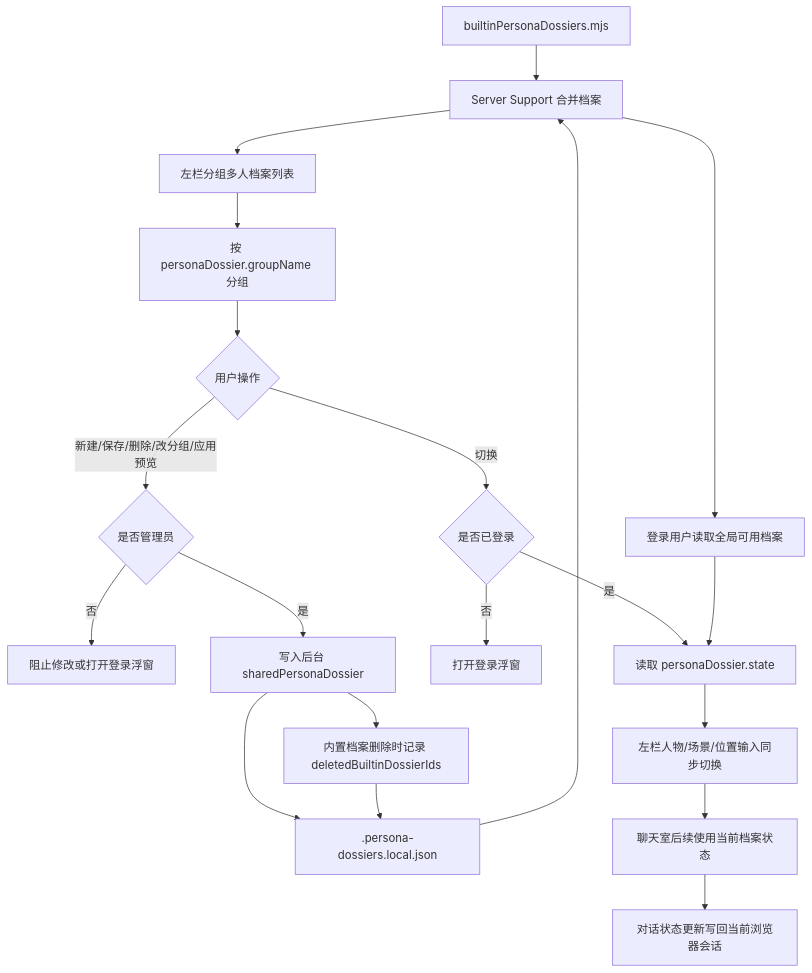
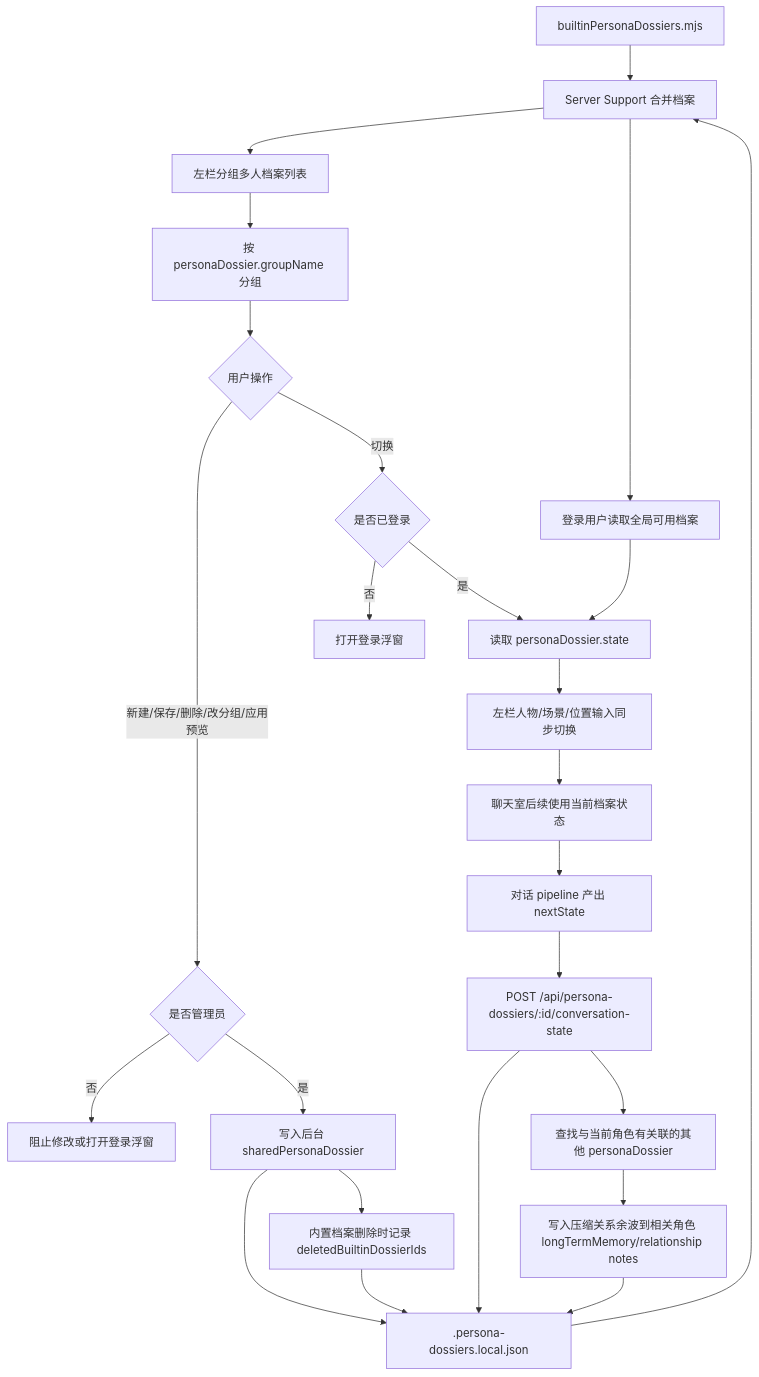
One commit to ttmanthatman/virtual-human-flow changed the ninth of 31 diagrams in docs/SYSTEM_FLOW.md. Above: the diagram before and after it, drawn with Mermaid. The commit also changed other lines of this file and 12 other files, not shown here.

Commit message:
feat: share rich persona dossiers globally

````diff
--- a/docs/SYSTEM_FLOW.md
+++ b/docs/SYSTEM_FLOW.md
@@ -195,22 +210,27 @@
 ```mermaid
 flowchart TD
     BUILTIN[builtinPersonaDossiers.mjs] --> MERGE[Server Support 合并档案]
     STORE[.persona-dossiers.local.json] --> MERGE
     MERGE --> A[左栏分组多人档案列表]
     A --> GROUP[按 personaDossier.groupName 分组]
     GROUP --> B{用户操作}
     B -- 新建/保存/删除/改分组/应用预览 --> ADMIN{是否管理员}
     ADMIN -- 否 --> BLOCK[阻止修改或打开登录浮窗]
     ADMIN -- 是 --> C[写入后台 sharedPersonaDossier]
     B -- 切换 --> LOGIN{是否已登录}
     LOGIN -- 否 --> POP[打开登录浮窗]
     LOGIN -- 是 --> D[读取 personaDossier.state]
     C --> STORE
     C --> TOMBSTONE[内置档案删除时记录 deletedBuiltinDossierIds]
     TOMBSTONE --> STORE
     MERGE --> READ[登录用户读取全局可用档案]
     READ --> D
     D --> H[左栏人物/场景/位置输入同步切换]
     H --> I[聊天室后续使用当前档案状态]
-    I --> J[对话状态更新写回当前浏览器会话]
+    I --> J[对话 pipeline 产出 nextState]
+    J --> K[POST /api/persona-dossiers/:id/conversation-state]
+    K --> STORE
+    K --> R[查找与当前角色有关联的其他 personaDossier]
+    R --> N[写入压缩关系余波到相关角色 longTermMemory/relationship notes]
+    N --> STORE
 ```
````
